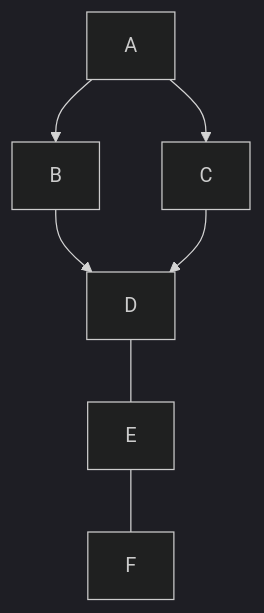
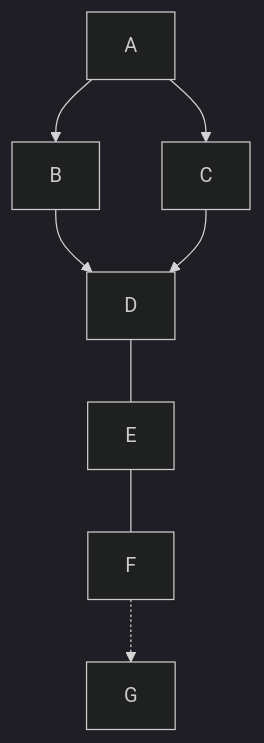
Before and after one commit to misterkrull/GitWhippingBoy: the first of 2 diagrams in README.md, drawn with Mermaid (dark theme).

Commit message:
Update README.md 1234567

````diff
--- a/README.md
+++ b/README.md
@@ -1,9 +1,10 @@
 ```mermaid
   graph TB;
       A-->B;
       A-->C;
       B-->D;
       C-->D;
       D---E;
       E---F;
+      F-.->G
 ```
````
